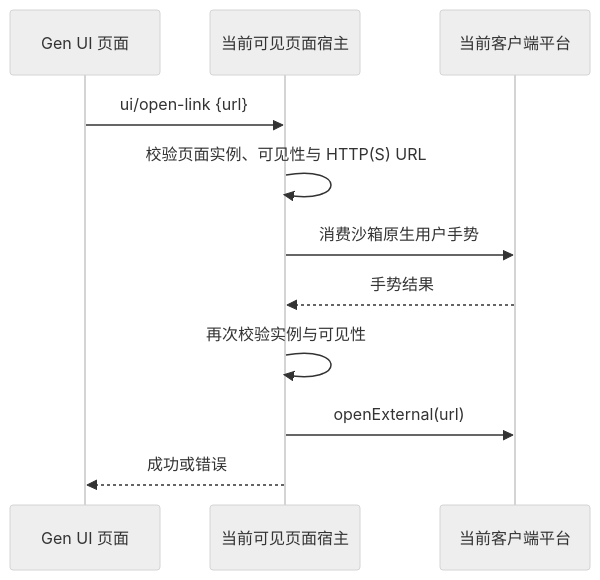
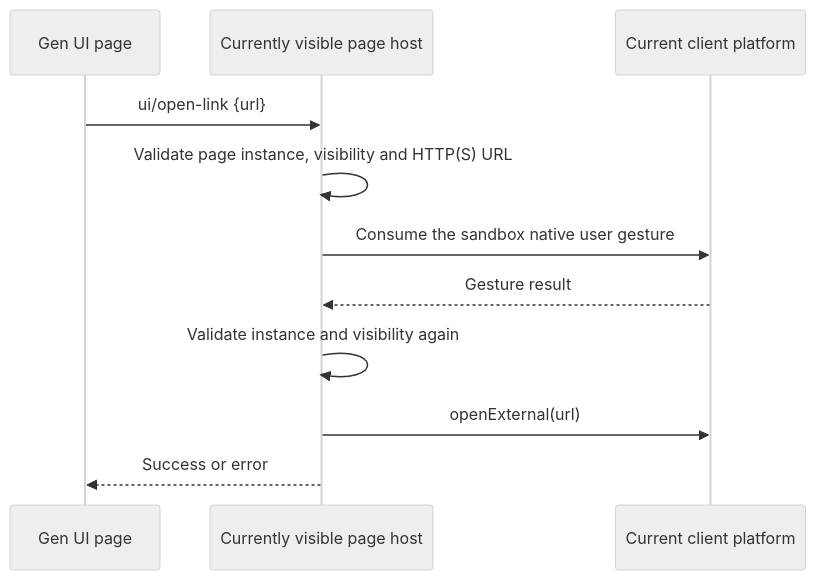
One commit to osben/ZCode changed the diagram in docs/specs/gen-ui-external-links.md. Above: the diagram before and after it, drawn with Mermaid (neutral theme). The commit also changed other lines of this file and 18 other files, not shown here.

````diff
--- a/docs/specs/gen-ui-external-links.md
+++ b/docs/specs/gen-ui-external-links.md
@@ -7,13 +9,13 @@
 ```mermaid
 sequenceDiagram
-    participant Page as Gen UI 页面
-    participant Host as 当前可见页面宿主
-    participant Platform as 当前客户端平台
+    participant Page as Gen UI page
+    participant Host as Currently visible page host
+    participant Platform as Current client platform
     Page->>Host: ui/open-link {url}
-    Host->>Host: 校验页面实例、可见性与 HTTP(S) URL
-    Host->>Platform: 消费沙箱原生用户手势
-    Platform-->>Host: 手势结果
-    Host->>Host: 再次校验实例与可见性
+    Host->>Host: Validate page instance, visibility and HTTP(S) URL
+    Host->>Platform: Consume the sandbox native user gesture
+    Platform-->>Host: Gesture result
+    Host->>Host: Validate instance and visibility again
     Host->>Platform: openExternal(url)
-    Host-->>Page: 成功或错误
+    Host-->>Page: Success or error
 ```
````
